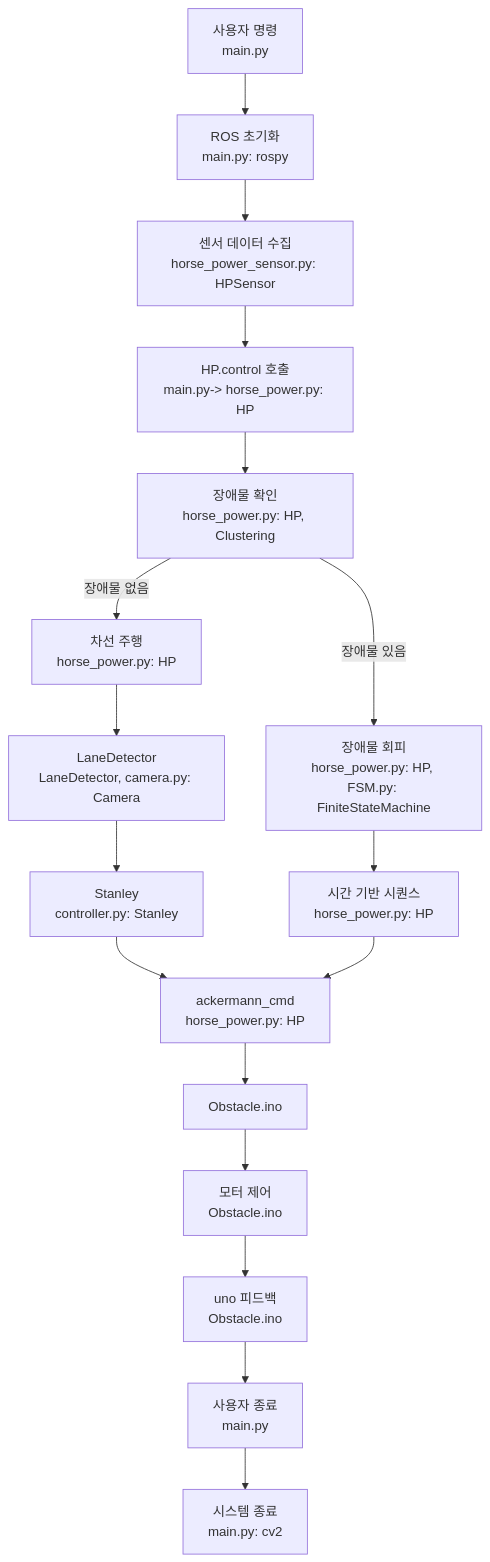
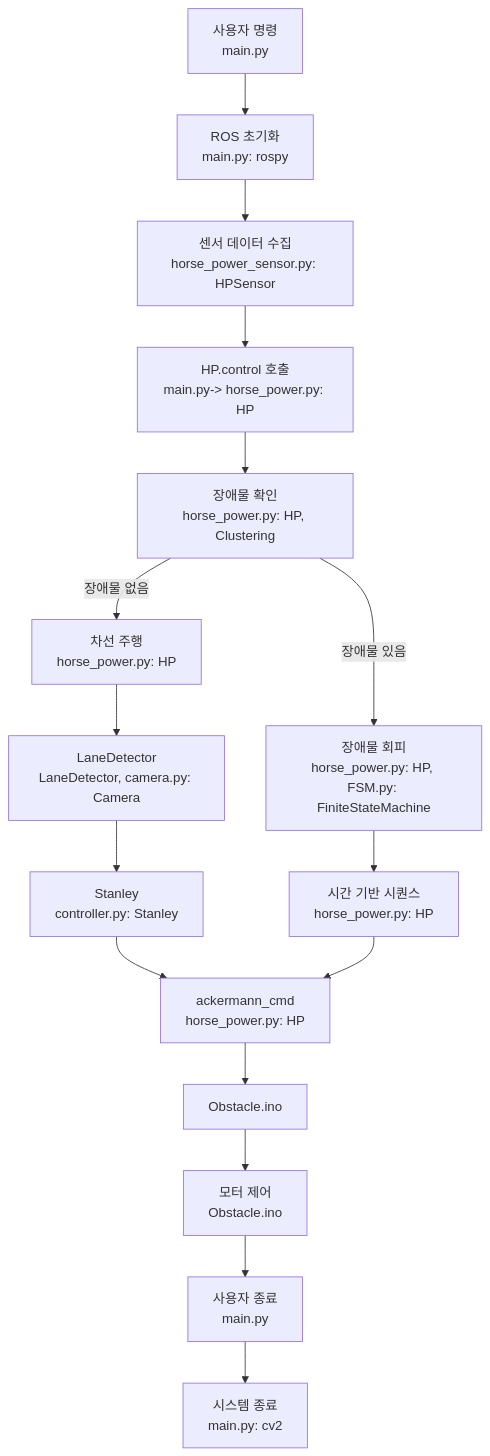
Before and after one commit to LeeGeeH/-: the first of 2 diagrams in README.md, drawn with Mermaid.

````diff
--- a/README.md
+++ b/README.md
@@ -44,20 +44,19 @@
 ```mermaid
 graph TD
     A[사용자 명령<br>main.py] --> B[ROS 초기화<br>main.py: rospy]
     B --> C[센서 데이터 수집<br>horse_power_sensor.py: HPSensor]
     C --> D[HP.control 호출<br>main.py-> horse_power.py: HP]
     D --> E[장애물 확인<br>horse_power.py: HP, Clustering]
     E -->|장애물 없음| F[차선 주행<br>horse_power.py: HP]
     E -->|장애물 있음| G[장애물 회피<br>horse_power.py: HP, FSM.py: FiniteStateMachine]
     F --> H[LaneDetector<br>LaneDetector, camera.py: Camera]
     H --> I[Stanley<br>controller.py: Stanley]
     G --> J[시간 기반 시퀀스<br>horse_power.py: HP]
     I --> K[ackermann_cmd<br>horse_power.py: HP]
     J --> K
     K --> L[Obstacle.ino]
     L --> M[모터 제어<br>Obstacle.ino]
-    M --> N[uno 피드백<br>Obstacle.ino]
-    N --> O[사용자 종료<br>main.py]
+    M --> O[사용자 종료<br>main.py]
     O --> P[시스템 종료<br>main.py: cv2]
 
 ```
````
